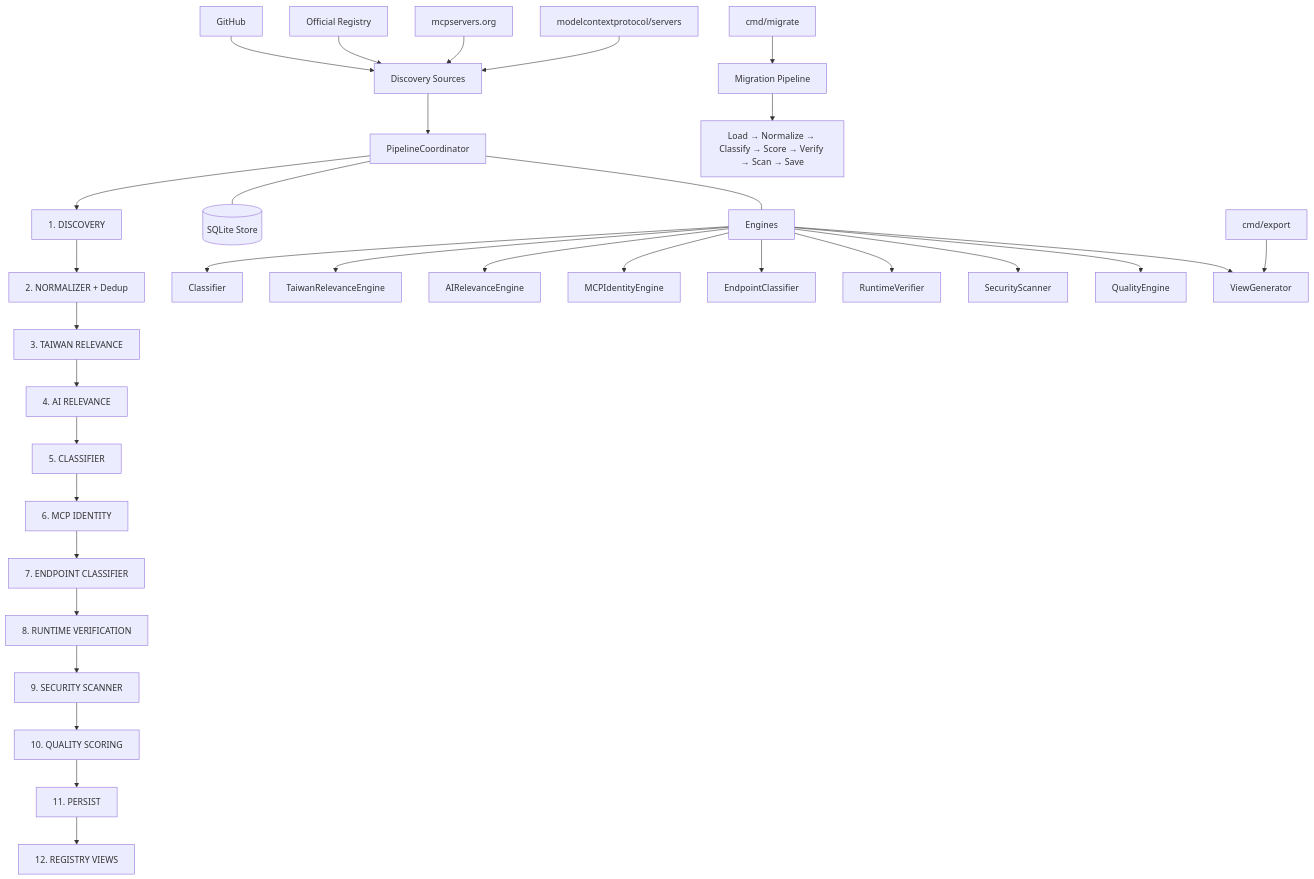
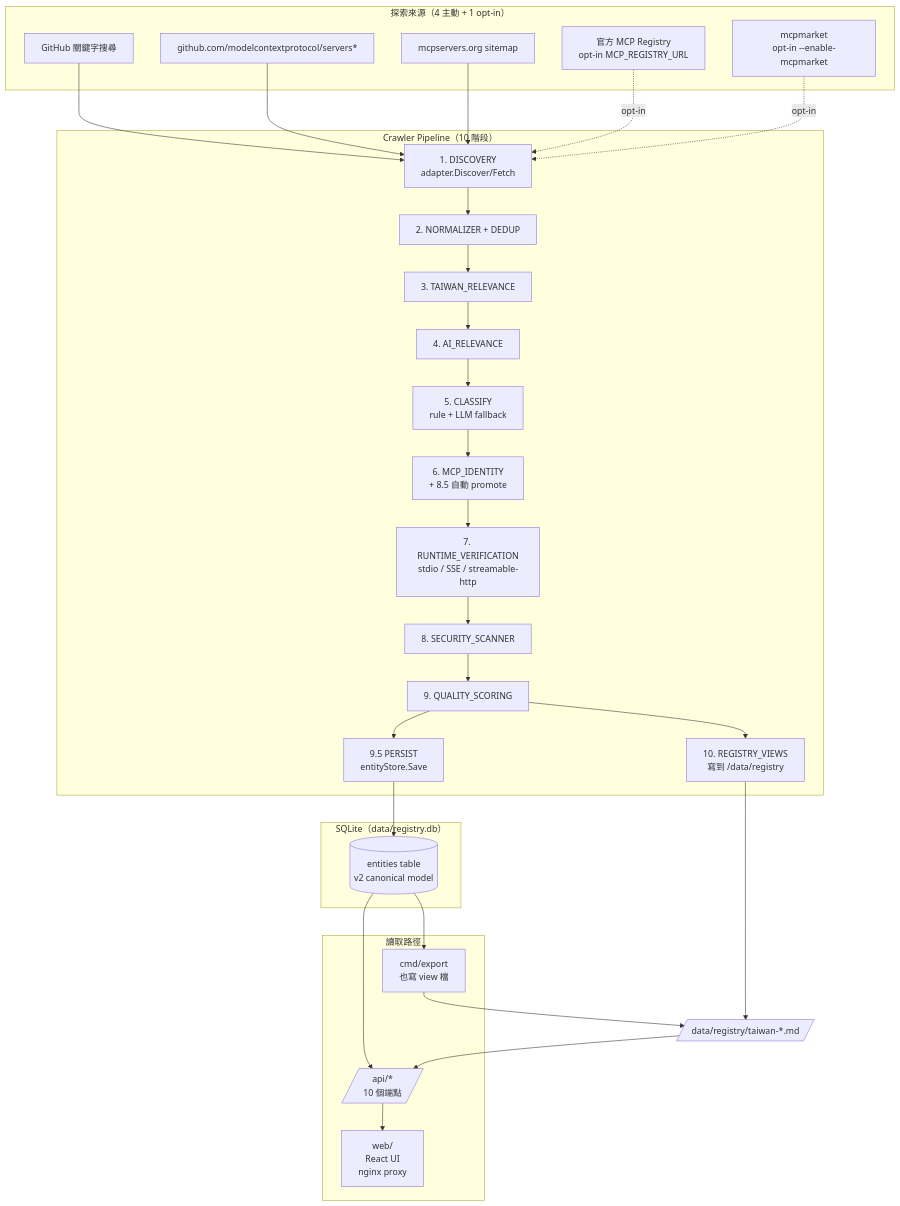
Before and after one commit to gentoobreaking/awesome-taiwan-ai-ecosystem: the diagram in README.zh-TW.md, drawn with Mermaid. The commit also changed other lines of this file and 13 other files, not shown here.

````diff
--- a/README.zh-TW.md
+++ b/README.zh-TW.md
@@ -70,38 +40,51 @@
 ```mermaid
-graph TD
-    A[Discovery Sources] --> B[PipelineCoordinator]
-    B --> C["1. DISCOVERY"]
-    C --> D["2. NORMALIZER + Dedup"]
-    D --> E["3. TAIWAN RELEVANCE"]
-    E --> F["4. AI RELEVANCE"]
-    F --> G["5. CLASSIFIER"]
-    G --> H["6. MCP IDENTITY"]
-    H --> I["7. ENDPOINT CLASSIFIER"]
-    I --> J["8. RUNTIME VERIFICATION"]
-    J --> K["9. SECURITY SCANNER"]
-    K --> L["10. QUALITY SCORING"]
-    L --> M["11. PERSIST"]
-    M --> N["12. REGISTRY VIEWS"]
+flowchart TB
+  subgraph Source["探索來源（4 主動 + 1 opt-in）"]
+    GH[GitHub 關鍵字搜尋]
+    GGR[github.com/modelcontextprotocol/servers*]
+    MCP[mcpservers.org sitemap]
+    REG[官方 MCP Registry<br/>opt-in MCP_REGISTRY_URL]
+    MKT[mcpmarket<br/>opt-in --enable-mcpmarket]
+  end
 
-    A1[GitHub] --> A
-    A2[Official Registry] --> A
-    A3[mcpservers.org] --> A
-    A4[modelcontextprotocol/servers] --> A
+  subgraph Pipeline["Crawler Pipeline（10 階段）"]
+    P1[1. DISCOVERY<br/>adapter.Discover/Fetch]
+    P2[2. NORMALIZER + DEDUP]
+    P3[3. TAIWAN_RELEVANCE]
+    P4[4. AI_RELEVANCE]
+    P5[5. CLASSIFY<br/>rule + LLM fallback]
+    P6[6. MCP_IDENTITY<br/>+ 8.5 自動 promote]
+    P7[7. RUNTIME_VERIFICATION<br/>stdio / SSE / streamable-http]
+    P8[8. SECURITY_SCANNER]
+    P9[9. QUALITY_SCORING]
+    P10[9.5 PERSIST<br/>entityStore.Save]
+    P11[10. REGISTRY_VIEWS<br/>寫到 /data/registry]
+  end
 
-    B --- B1[(SQLite Store)]
-    B --- B2[Engines]
-    B2 --> B3[Classifier]
-    B2 --> B4[TaiwanRelevanceEngine]
-    B2 --> B5[AIRelevanceEngine]
-    B2 --> B6[MCPIdentityEngine]
-    B2 --> B7[EndpointClassifier]
-    B2 --> B8[RuntimeVerifier]
-    B2 --> B9[SecurityScanner]
-    B2 --> B10[QualityEngine]
-    B2 --> Export1[ViewGenerator]
+  subgraph Storage["SQLite（data/registry.db）"]
+    DB[(entities table<br/>v2 canonical model)]
+  end
 
-    P[cmd/migrate] --> Q[Migration Pipeline]
-    Q --> R[Load → Normalize → Classify → Score → Verify → Scan → Save]
+  subgraph Read["讀取路徑"]
+    EXP[cmd/export<br/>也寫 view 檔]
+    API[/api/*<br/>10 個端點/]
+    WEB[web/<br/>React UI<br/>nginx proxy]
+  end
 
-    P2[cmd/export] --> Export1
+  GH --> P1
+  GGR --> P1
+  MCP --> P1
+  REG -.opt-in.-> P1
+  MKT -.opt-in.-> P1
+
+  P1 --> P2 --> P3 --> P4 --> P5 --> P6 --> P7 --> P8 --> P9
+  P9 --> P10
+  P10 --> DB
+  P9 --> P11
+  P11 --> ViewFiles[/data/registry/taiwan-*.md/]
+
+  DB --> API
+  DB --> EXP --> ViewFiles
+  ViewFiles --> API
+  API --> WEB
 ```
````
